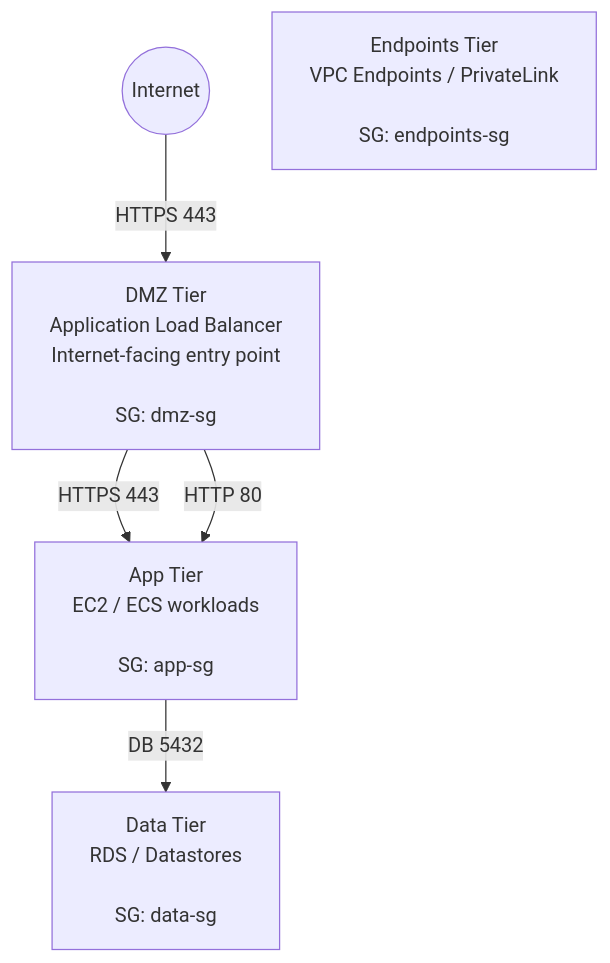
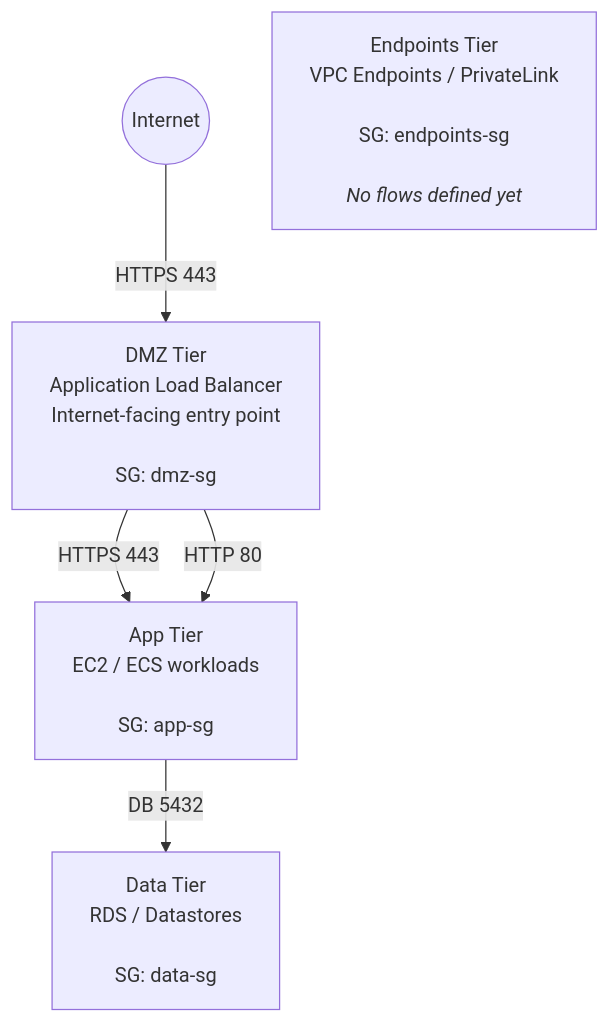
Before and after one commit to Nisha318/cloud-network-segmentation: the diagram in README.md, drawn with Mermaid. The commit also changed other lines of this file and 4 other files, not shown here.

````diff
--- a/README.md
+++ b/README.md
@@ -74,15 +74,15 @@
 ```mermaid
 flowchart TB
     Internet((Internet))
 
     DMZ["DMZ Tier<br/>Application Load Balancer<br/>Internet-facing entry point<br/><br/>SG: dmz-sg"]
     APP["App Tier<br/>EC2 / ECS workloads<br/><br/>SG: app-sg"]
     DATA["Data Tier<br/>RDS / Datastores<br/><br/>SG: data-sg"]
-    EP["Endpoints Tier<br/>VPC Endpoints / PrivateLink<br/><br/>SG: endpoints-sg"]
-
+    EP["Endpoints Tier<br/>VPC Endpoints / PrivateLink<br/><br/>SG: endpoints-sg<br/><br/><i>No flows defined yet</i>"]
+        
     Internet -->|HTTPS 443| DMZ
     DMZ -->|HTTPS 443| APP
     DMZ -->|HTTP 80| APP
     APP -->|DB 5432| DATA
 
 ```
````
